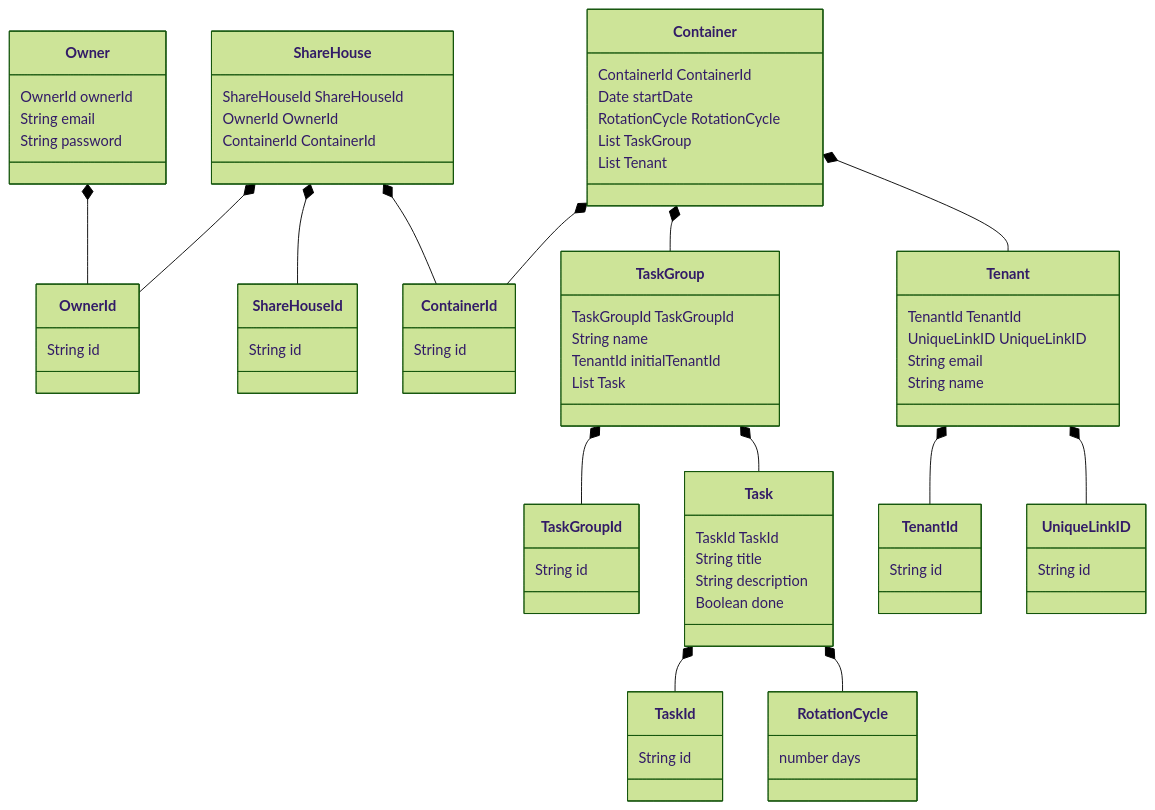
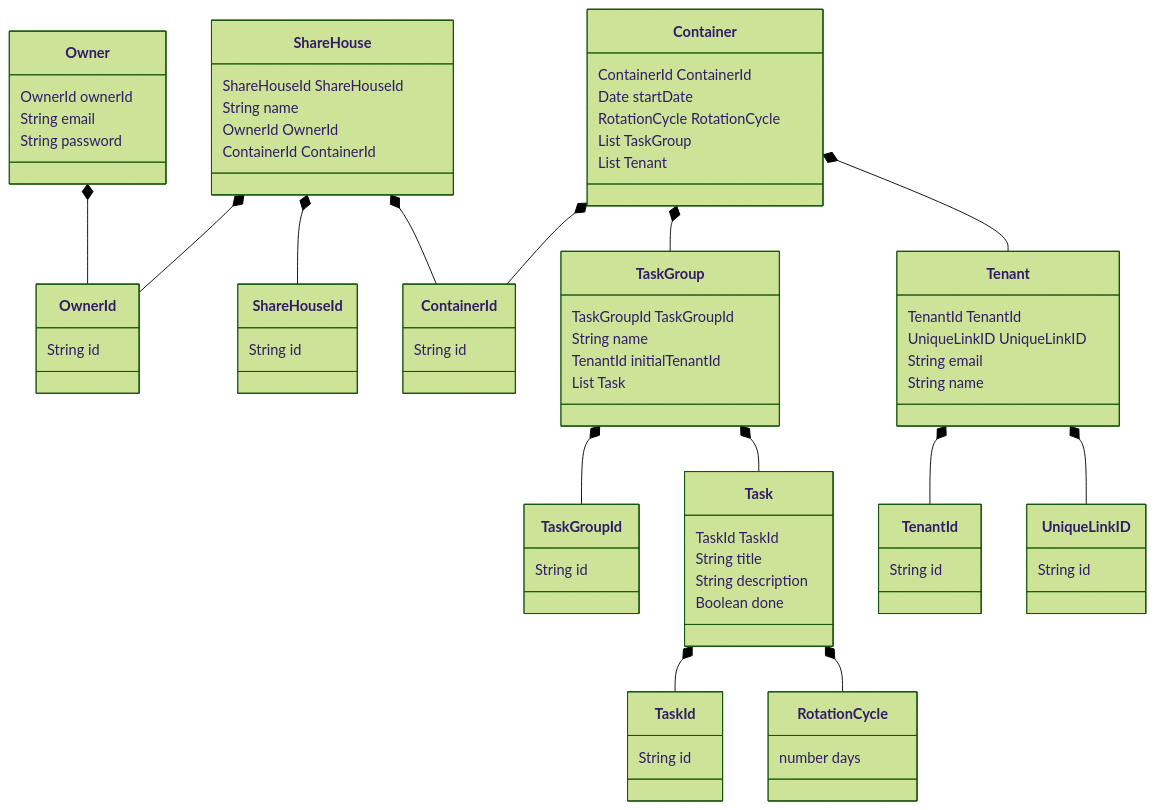
Before and after one commit to Tascurator/tascurator-documents: the diagram in modeling.md, drawn with Mermaid (forest theme).

Commit message:
docs: add name attribute in ShareHouse class

```diff
--- a/modeling.md
+++ b/modeling.md
@@ -12,6 +12,7 @@
 
     class ShareHouse {
         ShareHouseId ShareHouseId
+        String name
         OwnerId OwnerId
         ContainerId ContainerId
     }
```
